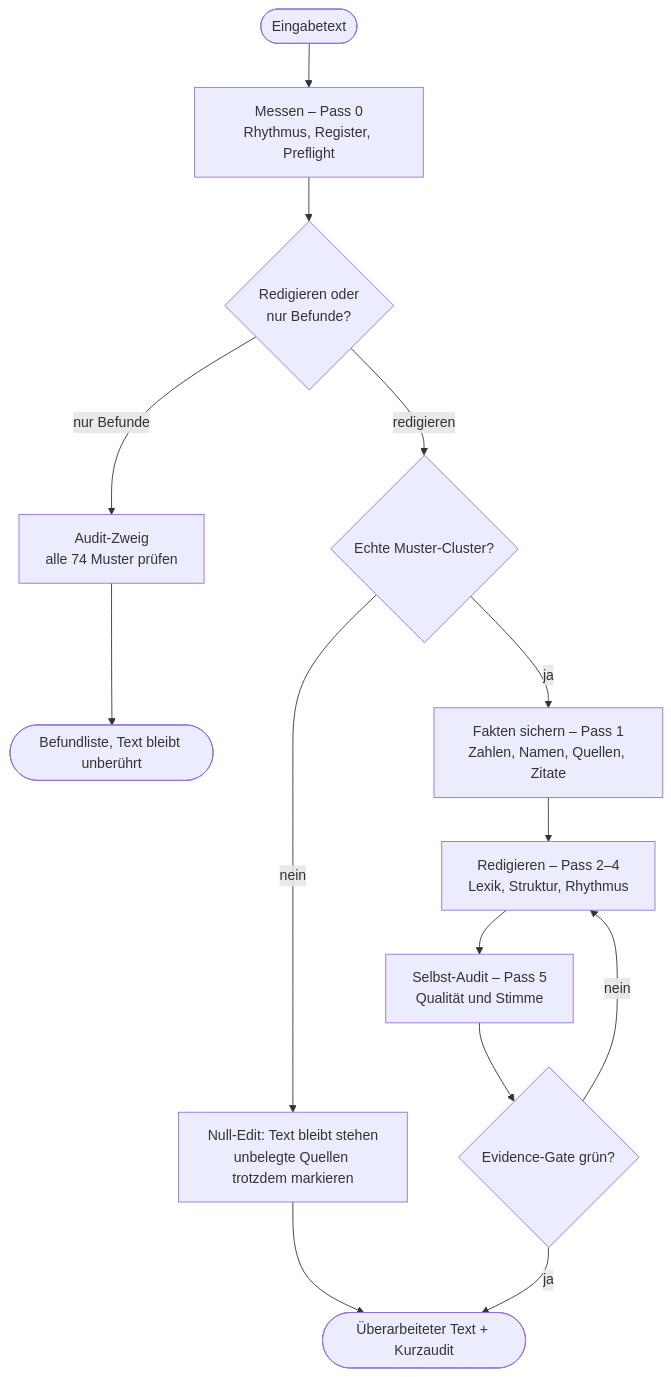
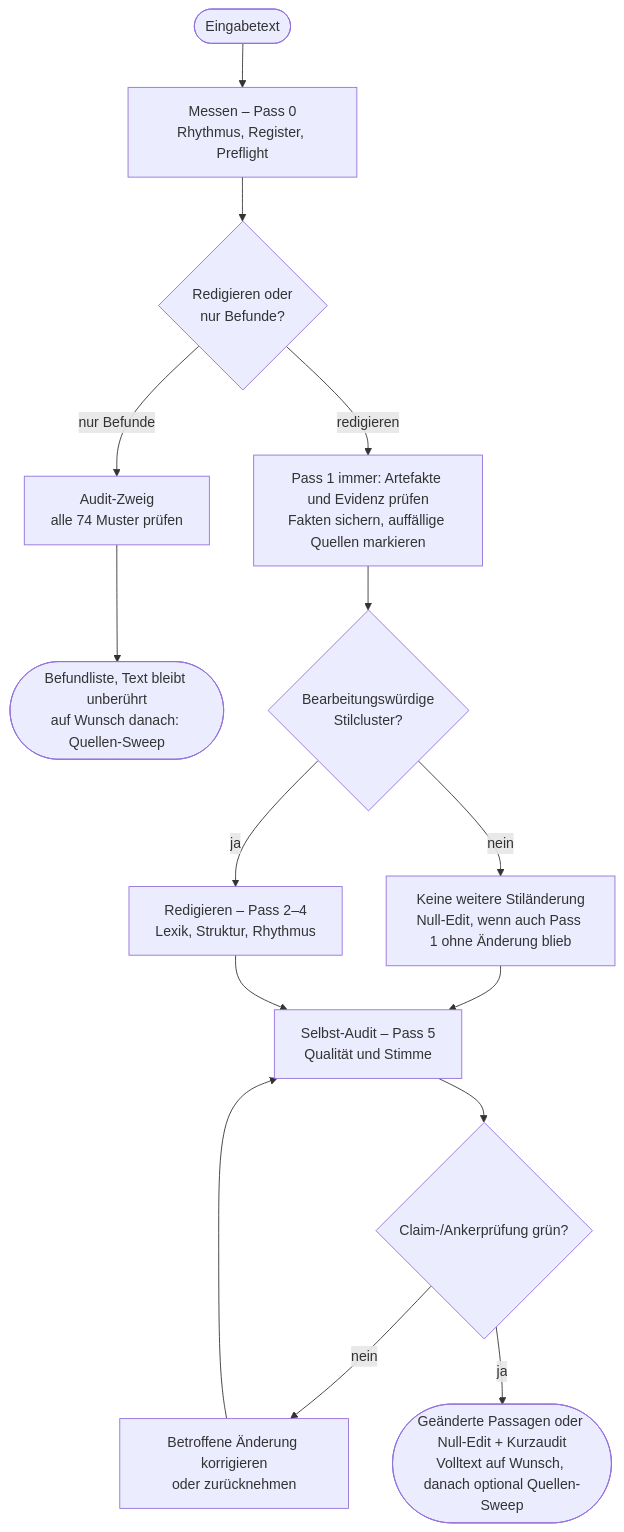
One commit to F-DK/humanizer-de changed the diagram in README.md. Above: the diagram before and after it, drawn with Mermaid. The commit also changed other lines of this file and 5 other files, not shown here.

First line of the commit message:
feat: add optional source sweep after pass 5

````diff
--- a/README.md
+++ b/README.md
@@ -663,16 +665,17 @@
 ```mermaid
 flowchart TD
     T([Eingabetext]) --> M["Messen – Pass 0<br/>Rhythmus, Register, Preflight"]
     M --> Z{"Redigieren oder<br/>nur Befunde?"}
     Z -- "nur Befunde" --> AU["Audit-Zweig<br/>alle 74 Muster prüfen"]
-    AU --> B([Befundliste, Text bleibt unberührt])
-    Z -- redigieren --> C{"Echte Muster-Cluster?"}
-    C -- nein --> N["Null-Edit: Text bleibt stehen<br/>unbelegte Quellen trotzdem markieren"]
-    N --> O
-    C -- ja --> E["Fakten sichern – Pass 1<br/>Zahlen, Namen, Quellen, Zitate"]
-    E --> R["Redigieren – Pass 2–4<br/>Lexik, Struktur, Rhythmus"]
+    AU --> B([Befundliste, Text bleibt unberührt<br/>auf Wunsch danach: Quellen-Sweep])
+    Z -- redigieren --> E["Pass 1 immer: Artefakte und Evidenz prüfen<br/>Fakten sichern, auffällige Quellen markieren"]
+    E --> C{"Bearbeitungswürdige<br/>Stilcluster?"}
+    C -- nein --> N["Keine weitere Stiländerung<br/>Null-Edit, wenn auch Pass 1 ohne Änderung blieb"]
+    N --> A
+    C -- ja --> R["Redigieren – Pass 2–4<br/>Lexik, Struktur, Rhythmus"]
     R --> A["Selbst-Audit – Pass 5<br/>Qualität und Stimme"]
-    A --> G{"Evidence-Gate grün?"}
-    G -- nein --> R
-    G -- ja --> O([Überarbeiteter Text + Kurzaudit])
+    A --> G{"Claim-/Ankerprüfung grün?"}
+    G -- nein --> K["Betroffene Änderung korrigieren<br/>oder zurücknehmen"]
+    K --> A
+    G -- ja --> O([Geänderte Passagen oder Null-Edit + Kurzaudit<br/>Volltext auf Wunsch, danach optional Quellen-Sweep])
 ```
````
